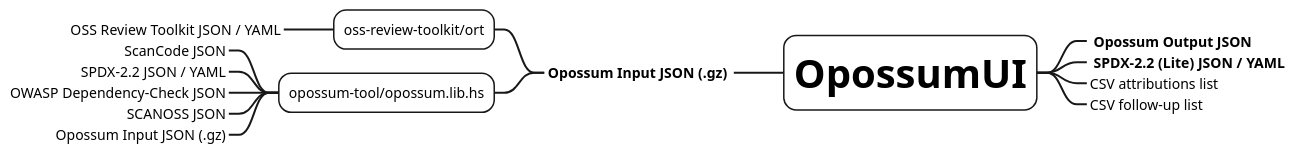
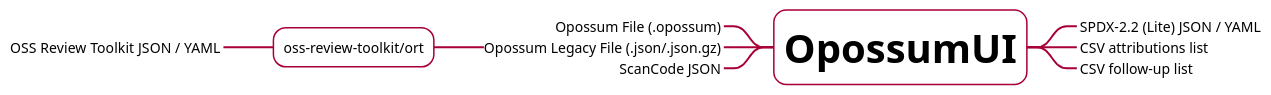
Before and after one commit to opossum-tool/OpossumUI: the diagram in docs/integration.puml, drawn with PlantUML. The commit also changed 3 other files, not shown here.

```diff
--- a/docs/integration.puml
+++ b/docs/integration.puml
@@ -1,42 +1,37 @@
 @startmindmap
 <style>
 mindmapDiagram {
   node {
     BackgroundColor white
     ' Shadowing 0.0
+    LineColor #a80036
   }
   arrow {
     ' LineStyle 4
     LineThickness 2
-    ' LineColor green
+    LineColor #a80036
   }
   :depth(0) {
     FontSize 40
   }
   :depth(1) {
       BackGroundColor white
   }
   ' boxless {
   '   FontColor darkgreen
   ' }
   .todo {
     FontColor gray
   }
 }
 </style>
 * <b>OpossumUI</b>
---_ <b> Opossum Input JSON (.gz) </b>
+--_ Opossum File (.opossum)
+--_ Opossum Legacy File (.json/.json.gz)
 --- oss-review-toolkit/ort
 ----_ OSS Review Toolkit JSON / YAML
---- opossum-tool/opossum.lib.hs
-----_ ScanCode JSON
-----_ SPDX-2.2 JSON / YAML
-----_ OWASP Dependency-Check JSON
-----_ SCANOSS JSON
-----_ Opossum Input JSON (.gz)
-' --_ SPDX-2.2 JSON / YAML <<todo>>
-++_ <b> Opossum Output JSON </b>
-++_ <b> SPDX-2.2 (Lite) JSON / YAML </b>
+--_ ScanCode JSON
+++_ SPDX-2.2 (Lite) JSON / YAML
 ++_ CSV attributions list
 ++_ CSV follow-up list
 @endmindmap
```
